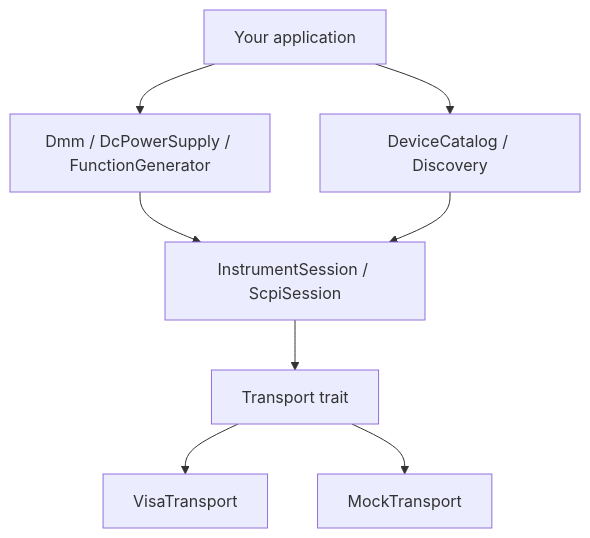
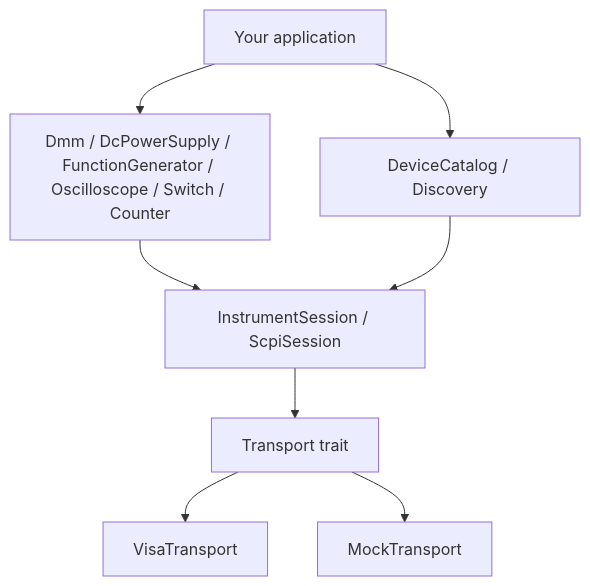
One commit to josh-hemphill/instrument-componenets-rs changed the diagram in docs/architecture.md. Above: the diagram before and after it, drawn with Mermaid. The commit also changed 104 other files, not shown here.

````diff
--- a/docs/architecture.md
+++ b/docs/architecture.md
@@ -15,18 +15,18 @@
 ```mermaid
 flowchart TB
   App[Your application]
-  Typed[Dmm / DcPowerSupply / FunctionGenerator]
+  Typed[Dmm / DcPowerSupply / FunctionGenerator / Oscilloscope / Switch / Counter]
   Catalog[DeviceCatalog / Discovery]
   Session[InstrumentSession / ScpiSession]
   Transport[Transport trait]
   Visa[VisaTransport]
   Mock[MockTransport]
 
   App --> Typed
   App --> Catalog
   Typed --> Session
   Catalog --> Session
   Session --> Transport
   Transport --> Visa
   Transport --> Mock
 ```
````
